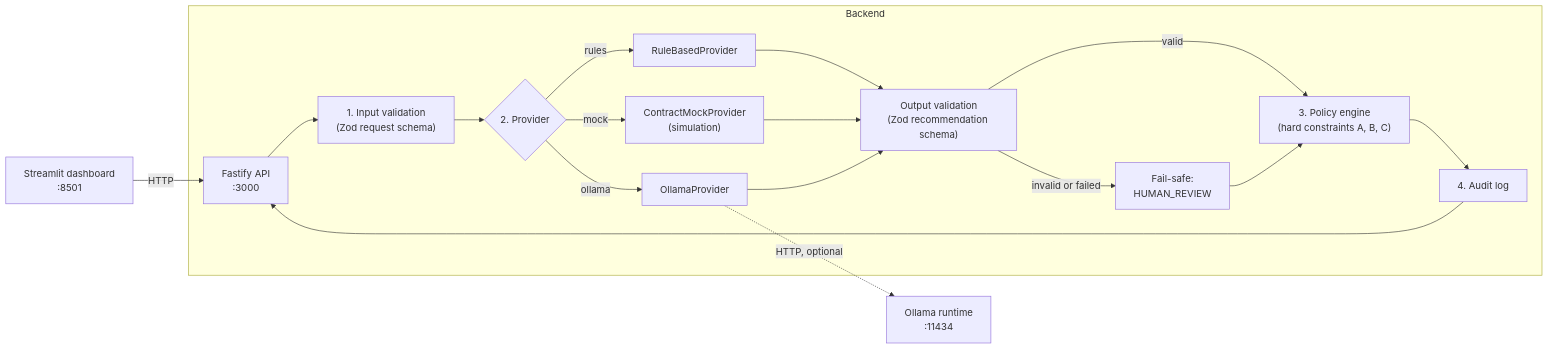
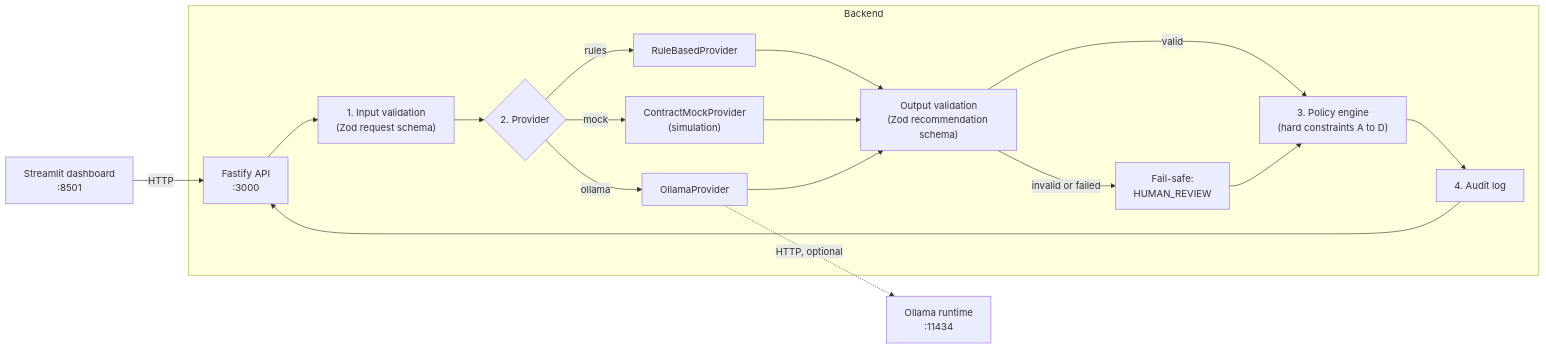
The diagram in README.md (Oren1984/decisionforge-ai), drawn with Mermaid before and after one commit. The commit also changed other lines of this file and 10 other files, not shown here.

````diff
--- a/README.md
+++ b/README.md
@@ -53,22 +54,22 @@
 ```mermaid
 flowchart LR
     UI["Streamlit dashboard<br/>:8501"] -->|HTTP| API["Fastify API<br/>:3000"]
 
     subgraph Backend
         API --> V["1. Input validation<br/>(Zod request schema)"]
         V --> P{"2. Provider"}
         P -->|rules| R["RuleBasedProvider"]
         P -->|mock| M["ContractMockProvider<br/>(simulation)"]
         P -->|ollama| O["OllamaProvider"]
         R --> C["Output validation<br/>(Zod recommendation schema)"]
         M --> C
         O --> C
         C -->|invalid or failed| F["Fail-safe:<br/>HUMAN_REVIEW"]
-        C -->|valid| E["3. Policy engine<br/>(hard constraints A, B, C)"]
+        C -->|valid| E["3. Policy engine<br/>(hard constraints A to D)"]
         F --> E
         E --> A["4. Audit log"]
     end
 
     O -.->|HTTP, optional| OL["Ollama runtime<br/>:11434"]
     A --> API
 ```
````
